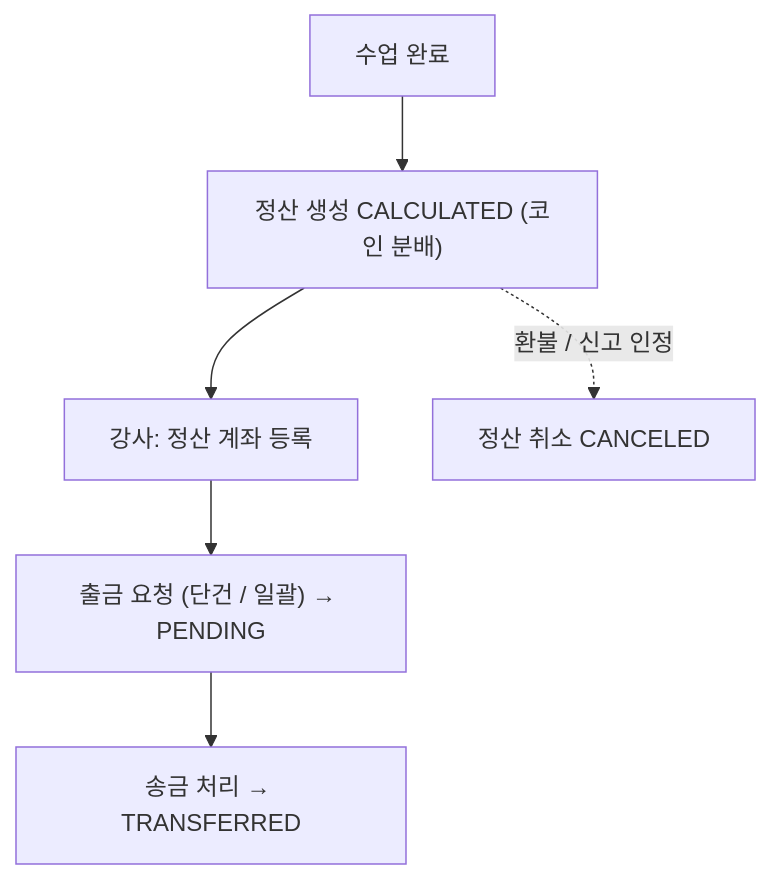
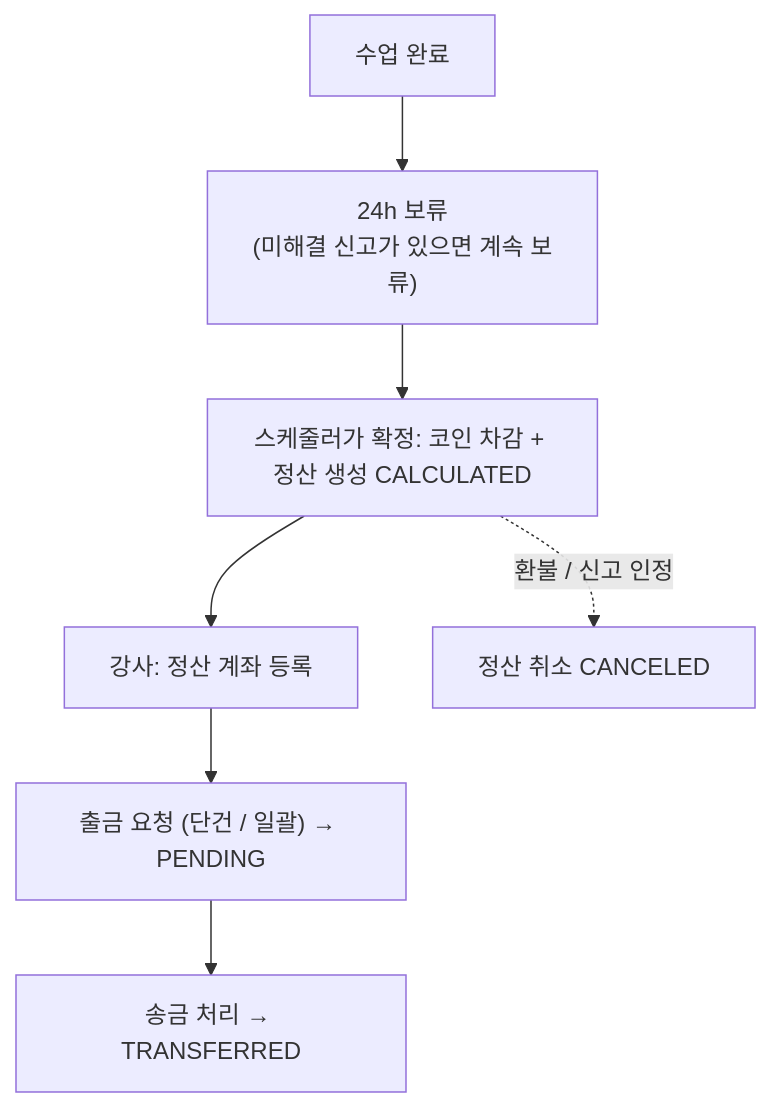
Before and after one commit to ieums/onsaem: the first of 2 diagrams in wiki/정산.md, drawn with Mermaid. The commit also changed other lines of this file, not shown here.

````diff
--- a/wiki/정산.md
+++ b/wiki/정산.md
@@ -19,8 +19,9 @@
 ```mermaid
 flowchart TB
-    A["수업 완료"] --> B["정산 생성 CALCULATED (코인 분배)"]
+    A["수업 완료"] --> H["24h 보류<br/>(미해결 신고가 있으면 계속 보류)"]
+    H --> B["스케줄러가 확정: 코인 차감 + 정산 생성 CALCULATED"]
     B --> C["강사: 정산 계좌 등록"]
     C --> D["출금 요청 (단건 / 일괄) → PENDING"]
     D --> E["송금 처리 → TRANSFERRED"]
     B -. "환불 / 신고 인정" .-> F["정산 취소 CANCELED"]
 ```
````
